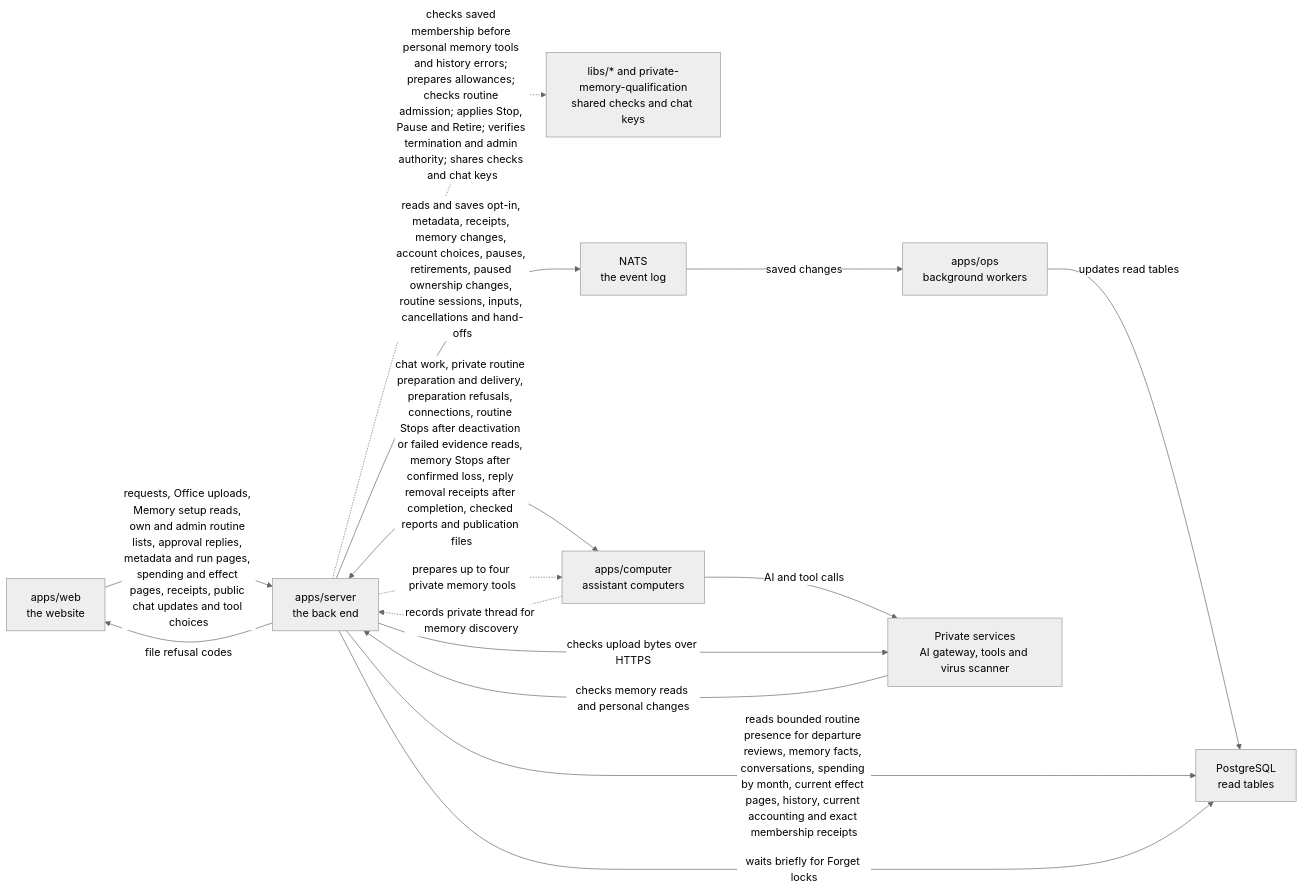
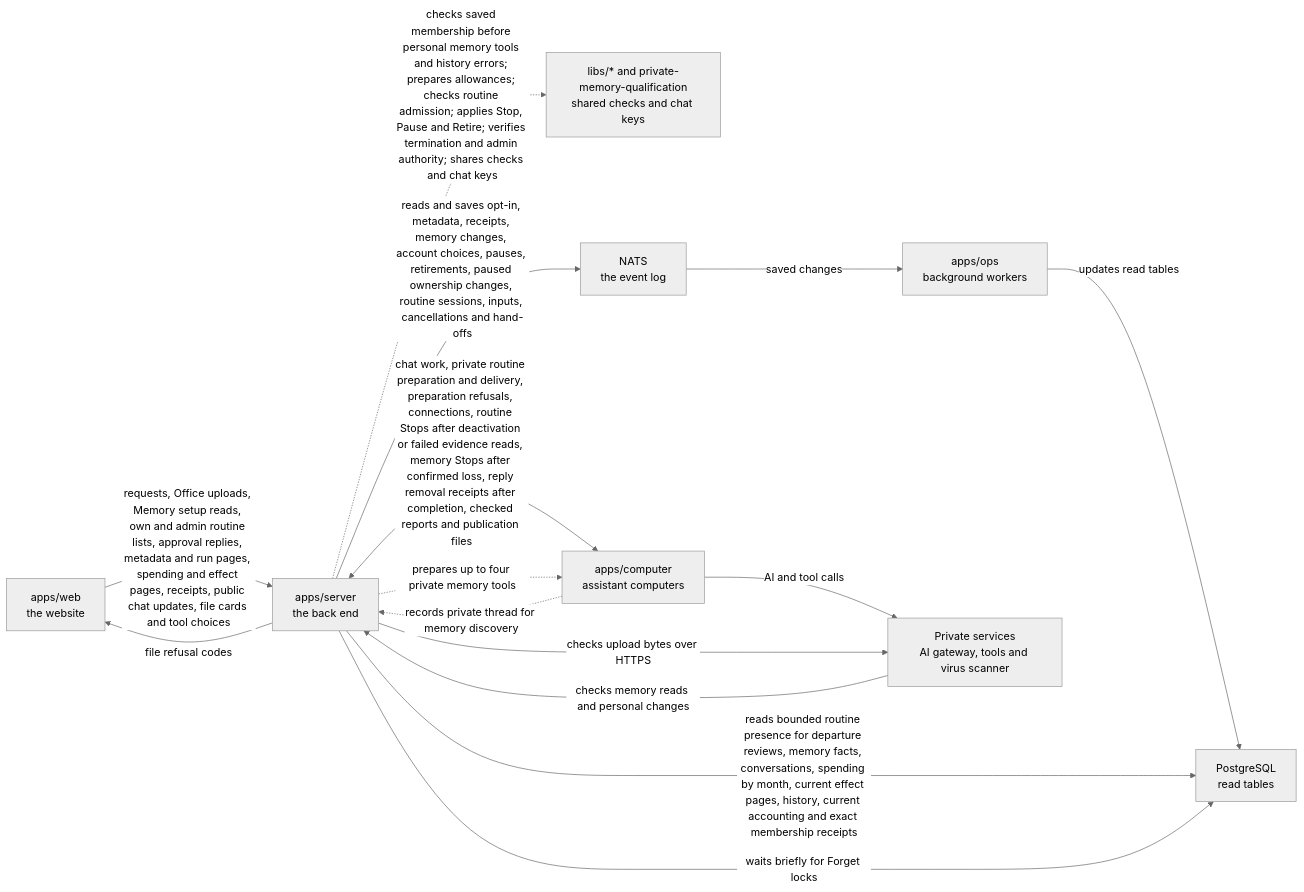
The diagram in apps/server/README.md (elewa-git/opencrane-new), drawn with Mermaid (neutral theme) before and after one commit. The commit also changed other lines of this file and 18 other files, not shown here.

````diff
--- a/apps/server/README.md
+++ b/apps/server/README.md
@@ -178,17 +178,17 @@
 ```mermaid
 flowchart LR
-  web["apps/web<br/>the website"] -->|requests, Office uploads, Memory setup reads, own and admin routine lists, approval replies, metadata and run pages, spending and effect pages, receipts, public chat updates and tool choices| server["apps/server<br/>the back end"]
+  web["apps/web<br/>the website"] -->|requests, Office uploads, Memory setup reads, own and admin routine lists, approval replies, metadata and run pages, spending and effect pages, receipts, public chat updates, file cards and tool choices| server["apps/server<br/>the back end"]
   server -.->|checks saved membership before personal memory tools and history errors; prepares allowances; checks routine admission; applies Stop, Pause and Retire; verifies termination and admin authority; shares checks and chat keys| libs["libs/* and private-memory-qualification<br/>shared checks and chat keys"]
   server -->|reads and saves opt-in, metadata, receipts, memory changes, account choices, pauses, retirements, paused ownership changes, routine sessions, inputs, cancellations and hand-offs| nats["NATS<br/>the event log"]
   nats -->|saved changes| ops["apps/ops<br/>background workers"]
   ops -->|updates read tables| postgres["PostgreSQL<br/>read tables"]
   server -->|reads bounded routine presence for departure reviews, memory facts, conversations, spending by month, current effect pages, history, current accounting and exact membership receipts| postgres
   server -->|waits briefly for Forget locks| postgres
   server <-->|chat work, private routine preparation and delivery, preparation refusals, connections, routine Stops after deactivation or failed evidence reads, memory Stops after confirmed loss, reply removal receipts after completion, checked reports and publication files| computer["apps/computer<br/>assistant computers"]
   computer -.->|records private thread for memory discovery| server
   server -.->|prepares up to four private memory tools| computer
   computer -->|AI and tool calls| runtime["Private services<br/>AI gateway, tools and virus scanner"]
   server -->|file refusal codes| web
   server -->|checks upload bytes over HTTPS| runtime
   runtime -->|checks memory reads and personal changes| server
 ```
````
